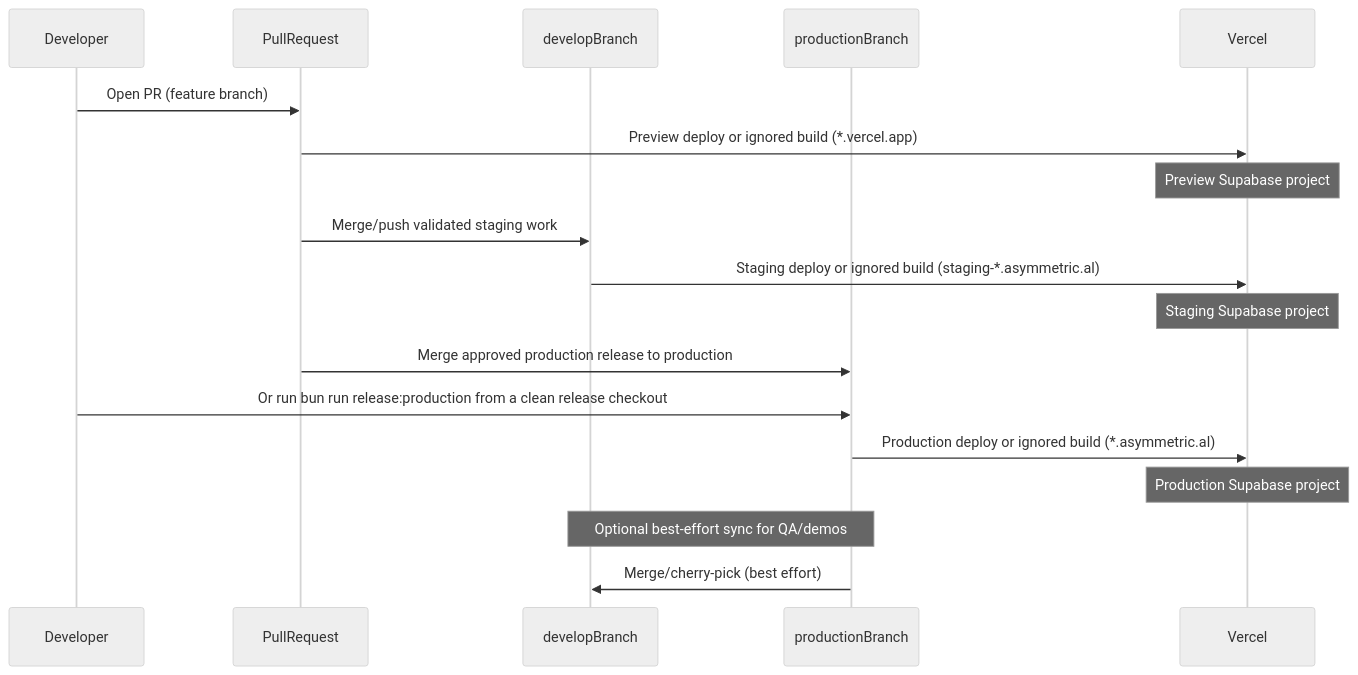
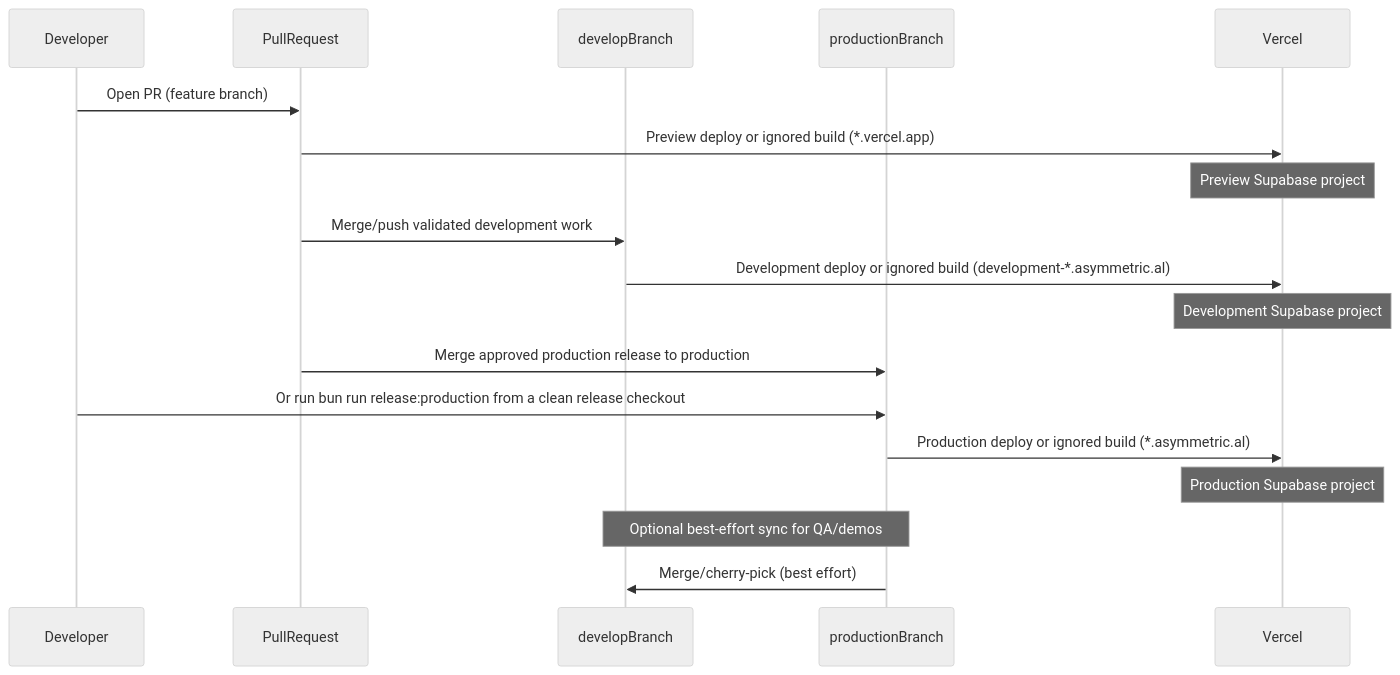
One commit to Asymmetric-al/core changed the diagram in docs/ops/environments.md. Above: the diagram before and after it, drawn with Mermaid (neutral theme). The commit also changed other lines of this file and 80 other files, not shown here.

First line of the commit message:
feat: add PR merge pipeline and rename staging env to development

````diff
--- a/docs/ops/environments.md
+++ b/docs/ops/environments.md
@@ -524,24 +524,24 @@
 ```mermaid
 sequenceDiagram
     participant Dev as Developer
     participant PR as PullRequest
     participant Develop as developBranch
     participant Prod as productionBranch
     participant Vercel as Vercel
 
     Dev->>PR: Open PR (feature branch)
     PR->>Vercel: Preview deploy or ignored build (*.vercel.app)
     Note over Vercel: Preview Supabase project
 
-    PR->>Develop: Merge/push validated staging work
-    Develop->>Vercel: Staging deploy or ignored build (staging-*.asymmetric.al)
-    Note over Vercel: Staging Supabase project
+    PR->>Develop: Merge/push validated development work
+    Develop->>Vercel: Development deploy or ignored build (development-*.asymmetric.al)
+    Note over Vercel: Development Supabase project
 
     PR->>Prod: Merge approved production release to production
     Dev->>Prod: Or run bun run release:production from a clean release checkout
     Prod->>Vercel: Production deploy or ignored build (*.asymmetric.al)
     Note over Vercel: Production Supabase project
 
     Note over Prod,Develop: Optional best-effort sync for QA/demos
     Prod->>Develop: Merge/cherry-pick (best effort)
 ```
````
